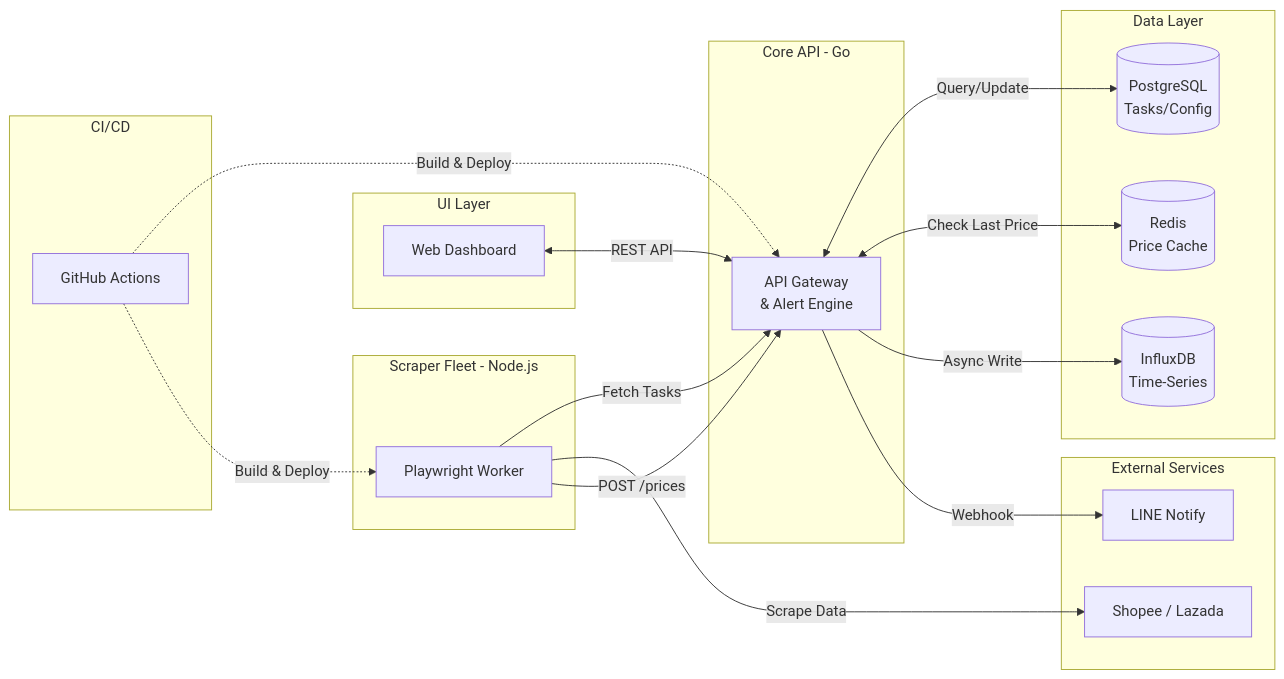
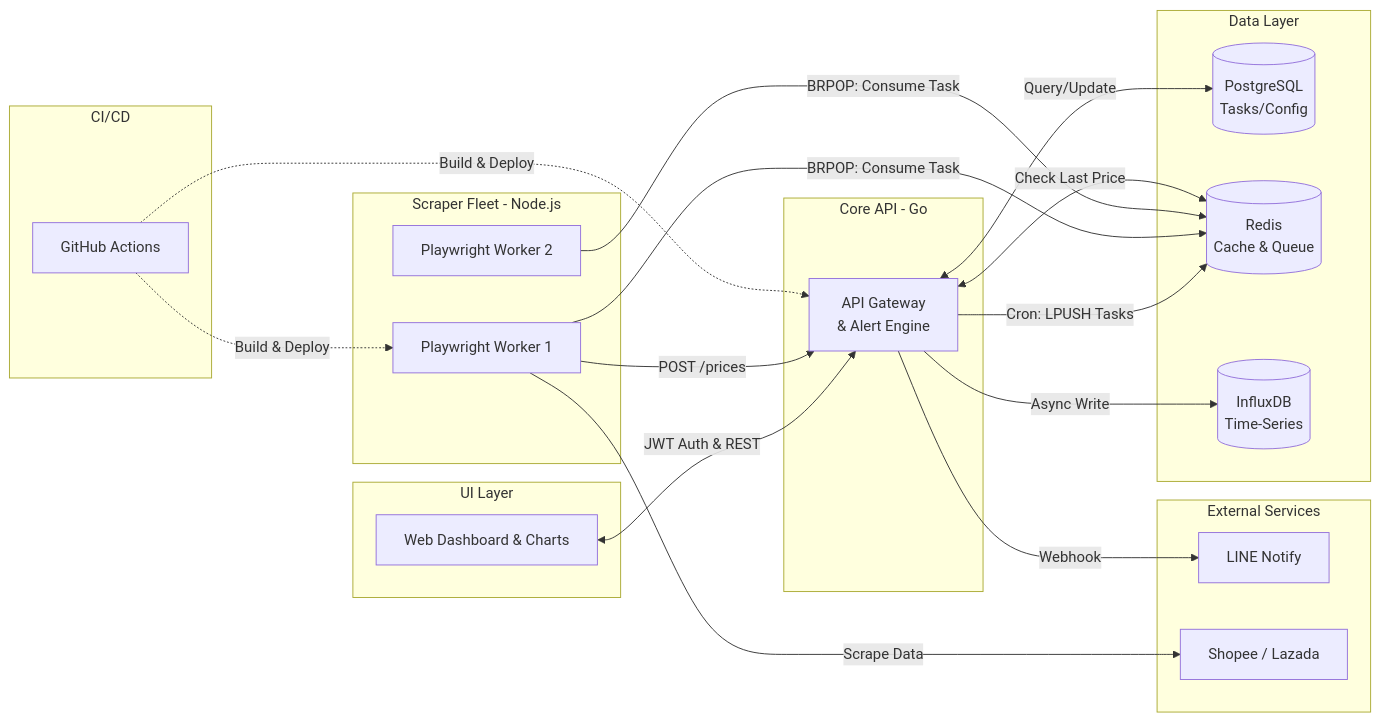
Before and after one commit to thitipongroo/omni-tracker: the diagram in README.md, drawn with Mermaid. The commit also changed other lines of this file and 4 other files, not shown here.

Commit message:
feat: message queue with redis

````diff
--- a/README.md
+++ b/README.md
@@ -30,40 +30,43 @@
 ```mermaid
 flowchart LR
     subgraph Automation [CI/CD]
         CI[GitHub Actions]
     end
 
     subgraph Frontend [UI Layer]
-        DASH[Web Dashboard]
+        DASH[Web Dashboard & Charts]
     end
 
     subgraph Scrapers [Scraper Fleet - Node.js]
-        S1[Playwright Worker]
+        S1[Playwright Worker 1]
+        S2[Playwright Worker 2]
     end
 
     subgraph Core [Core API - Go]
         GO["API Gateway\n& Alert Engine"]
     end
     
     subgraph Data [Data Layer]
         PG[(PostgreSQL\nTasks/Config)]
-        REDIS[(Redis\nPrice Cache)]
+        REDIS[(Redis\nCache & Queue)]
         INFLUX[(InfluxDB\nTime-Series)]
     end
     
     subgraph External [External Services]
         LINE[LINE Notify]
-        ECOM1[Shopee / Lazada]
+        ECOM[Shopee / Lazada]
     end
 
-    DASH <-->|REST API| GO
-    S1 -->|Fetch Tasks| GO
+    DASH <-->|JWT Auth & REST| GO
+    GO -->|Cron: LPUSH Tasks| REDIS
+    S1 -->|BRPOP: Consume Task| REDIS
+    S2 -->|BRPOP: Consume Task| REDIS
     GO <-->|Query/Update| PG
-    S1 -->|Scrape Data| ECOM1
+    S1 -->|Scrape Data| ECOM
     S1 -->|POST /prices| GO
     GO <-->|Check Last Price| REDIS
     GO -->|Async Write| INFLUX
     GO -->|Webhook| LINE
     CI -.->|Build & Deploy| GO
     CI -.->|Build & Deploy| S1
 ```
````
